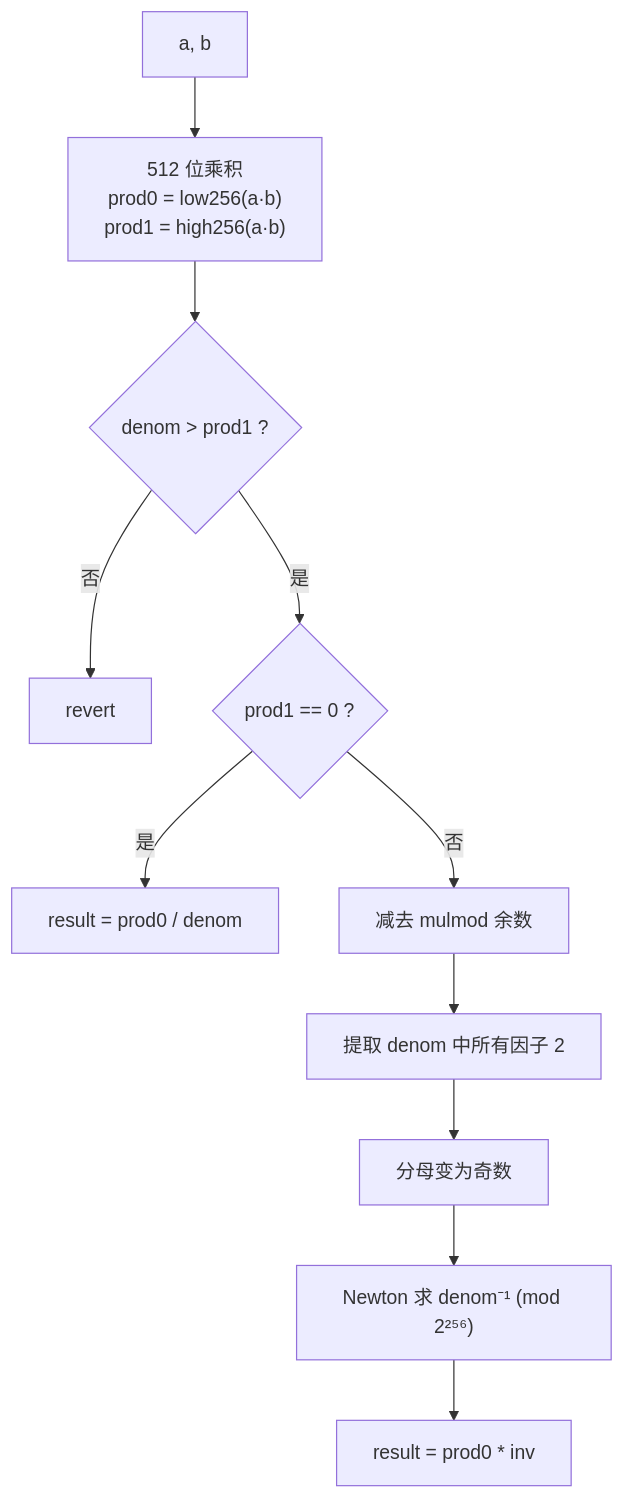
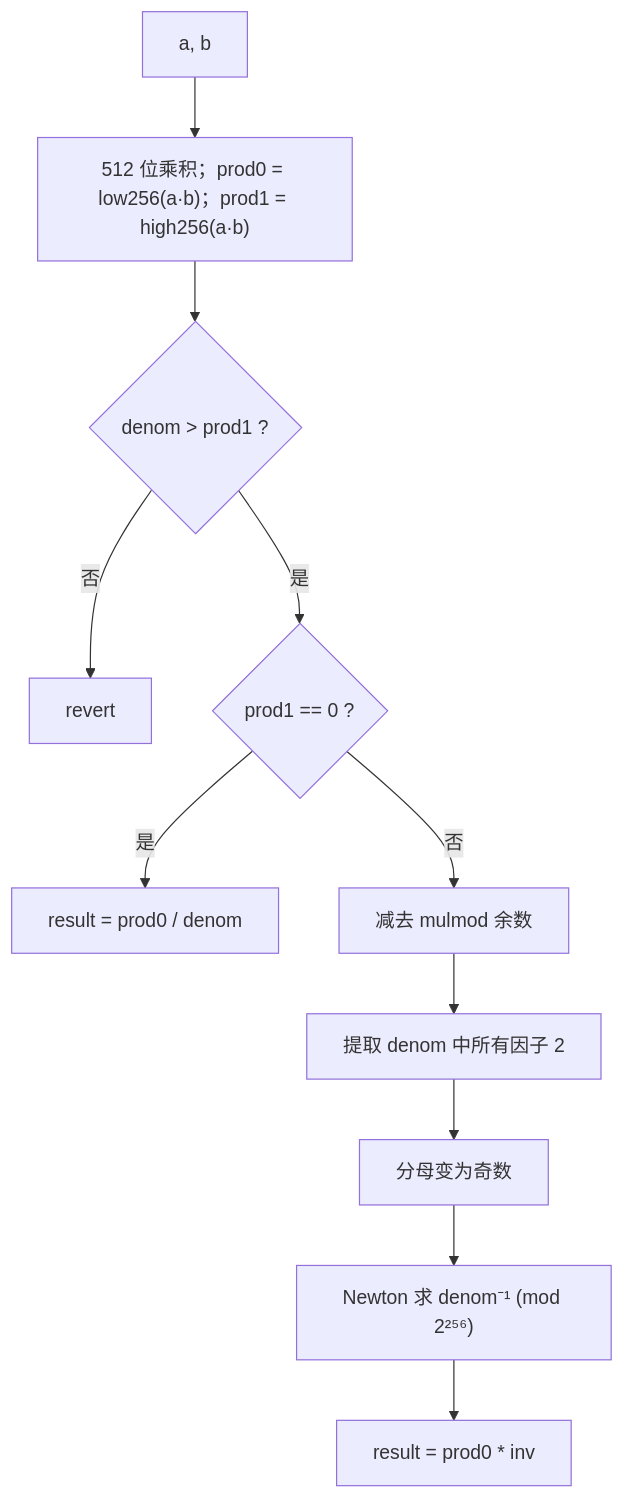
One commit to liangzhongkai/liangzhongkai.github.io changed the third of 18 diagrams in content/posts/uniswap-v4-math.md. Above: the diagram before and after it, drawn with Mermaid. The commit also changed other lines of this file and 1 other file, not shown here.

````diff
--- a/content/posts/uniswap-v4-math.md
+++ b/content/posts/uniswap-v4-math.md
@@ -124,13 +124,13 @@
 ```mermaid
 flowchart TB
-  A["a, b"] --> MUL["512 位乘积<br/>prod0 = low256(a·b)<br/>prod1 = high256(a·b)"]
+  A["a, b"] --> MUL["512 位乘积；prod0 = low256(a·b)；prod1 = high256(a·b)"]
   MUL --> CHK{"denom > prod1 ?"}
   CHK -->|否| REV["revert"]
   CHK -->|是| FAST{"prod1 == 0 ?"}
   FAST -->|是| DIV["result = prod0 / denom"]
   FAST -->|否| REM["减去 mulmod 余数"]
   REM --> TWOS["提取 denom 中所有因子 2"]
   TWOS --> ODD["分母变为奇数"]
   ODD --> INV["Newton 求 denom⁻¹ (mod 2²⁵⁶)"]
   INV --> RES["result = prod0 * inv"]
 ```
````
